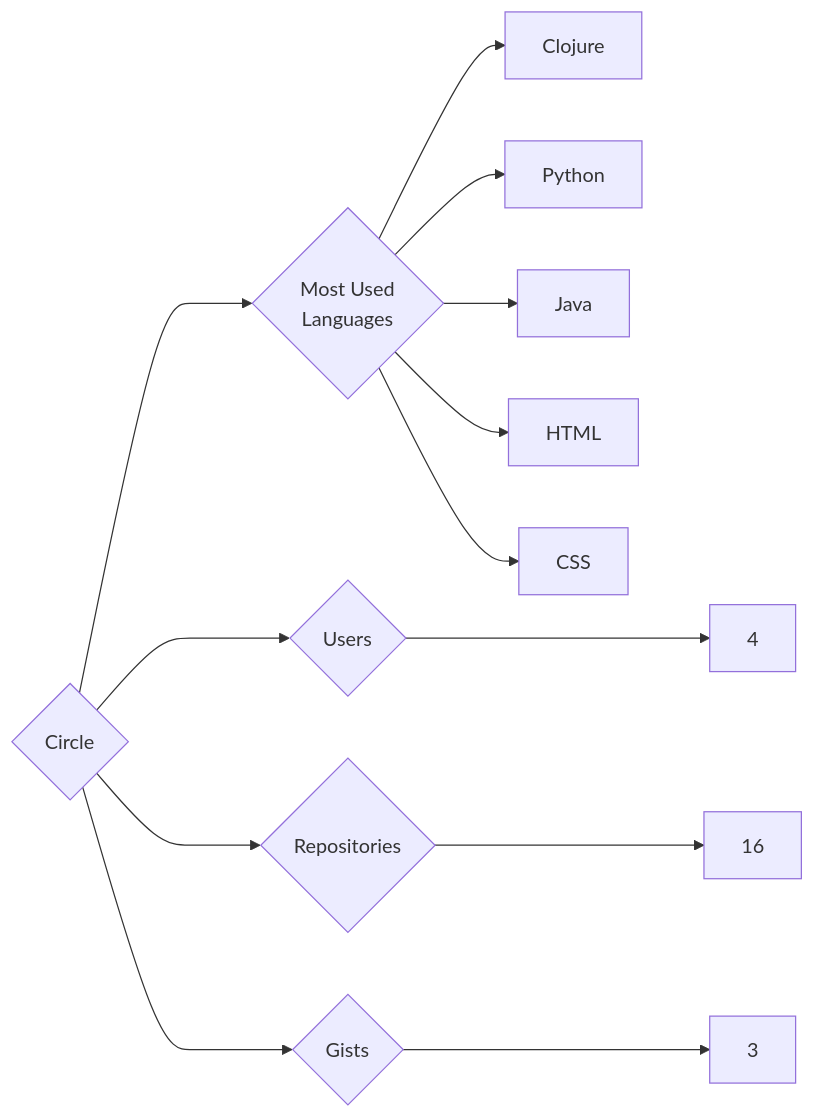
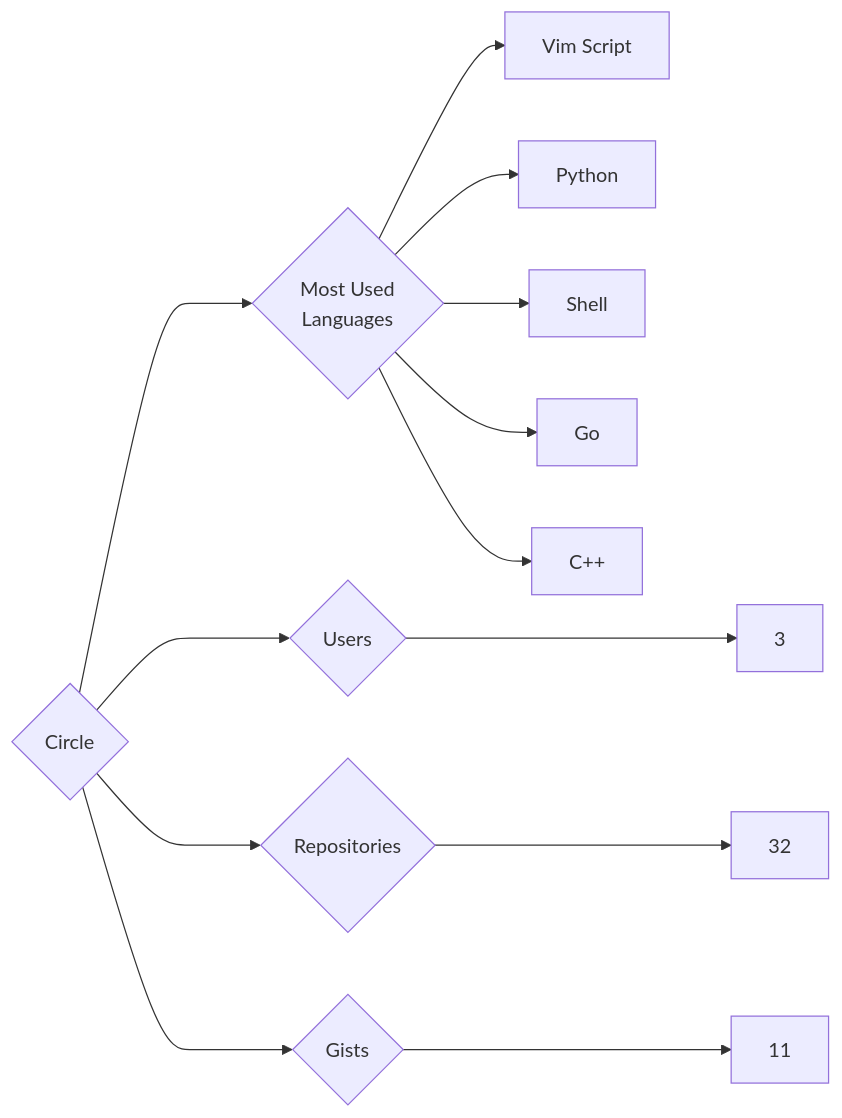
One commit to trickest/insiders changed the diagram in targets/Circle/README.md. Above: the diagram before and after it, drawn with Mermaid. The commit also changed 857 other files, not shown here.

````diff
--- a/targets/Circle/README.md
+++ b/targets/Circle/README.md
@@ -3,13 +3,13 @@
 ```mermaid
 graph LR
 COMPANY_NAME{Circle}
-COMPANY_NAME ---> U{Users} ---> UN[4]
-COMPANY_NAME ---> R{Repositories} ---> RN[16]
-COMPANY_NAME ---> G{Gists} ---> GN[3]
+COMPANY_NAME ---> U{Users} ---> UN[3]
+COMPANY_NAME ---> R{Repositories} ---> RN[32]
+COMPANY_NAME ---> G{Gists} ---> GN[11]
 COMPANY_NAME ---> ML{Most Used<br>Languages}
-ML --> Clojure[Clojure]
+ML --> Vim_Script[Vim Script]
 ML --> Python[Python]
-ML --> Java[Java]
-ML --> HTML[HTML]
-ML --> CSS[CSS]
+ML --> Shell[Shell]
+ML --> Go[Go]
+ML --> C++[C++]
 ```
````
